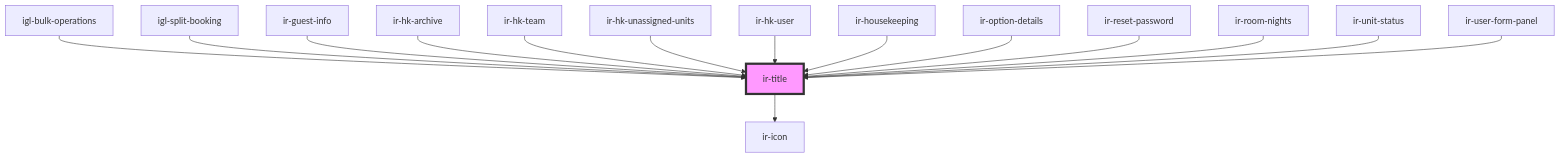
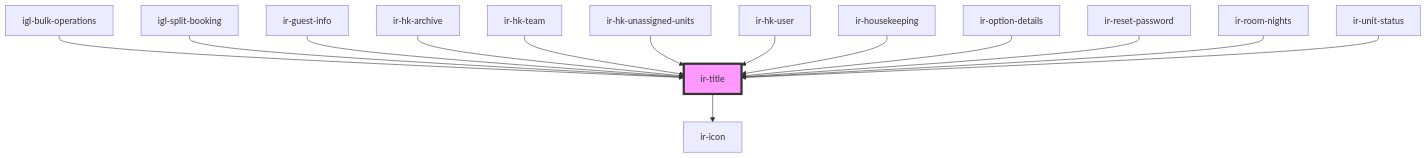
One commit to RonyRizk/ir-webcmp changed the diagram in src/components/ir-title/readme.md. Above: the diagram before and after it, drawn with Mermaid. The commit also changed other lines of this file and 45 other files, not shown here.

````diff
--- a/src/components/ir-title/readme.md
+++ b/src/components/ir-title/readme.md
@@ -48,18 +47,17 @@
 ```mermaid
 graph TD;
   ir-title --> ir-icon
   igl-bulk-operations --> ir-title
   igl-split-booking --> ir-title
   ir-guest-info --> ir-title
   ir-hk-archive --> ir-title
   ir-hk-team --> ir-title
   ir-hk-unassigned-units --> ir-title
   ir-hk-user --> ir-title
   ir-housekeeping --> ir-title
   ir-option-details --> ir-title
   ir-reset-password --> ir-title
   ir-room-nights --> ir-title
   ir-unit-status --> ir-title
-  ir-user-form-panel --> ir-title
   style ir-title fill:#f9f,stroke:#333,stroke-width:4px
 ```
````
